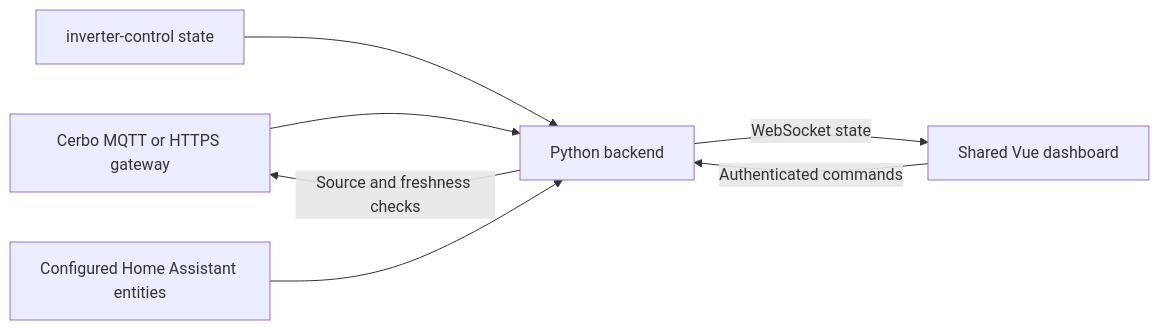
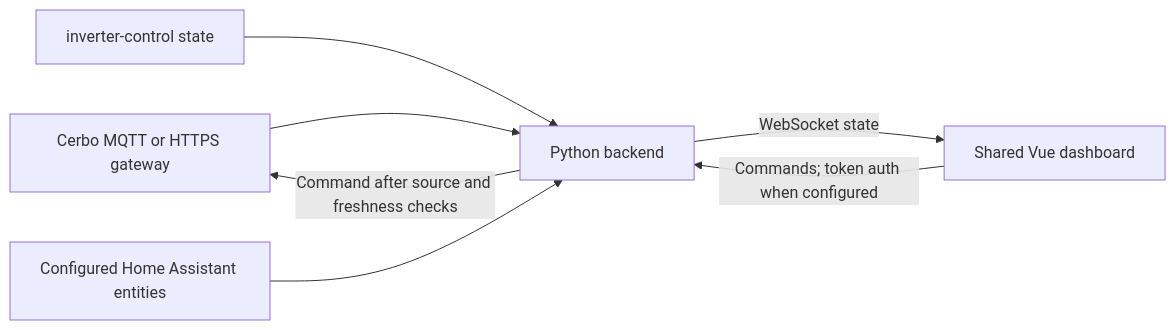
One commit to victron-venus/inverter-dashboard changed the diagram in .github/docs/system-architecture.md. Above: the diagram before and after it, drawn with Mermaid. The commit also changed other lines of this file, not shown here.

Commit message:
docs: clarify configured command and telemetry inputs

````diff
--- a/.github/docs/system-architecture.md
+++ b/.github/docs/system-architecture.md
@@ -7,9 +7,9 @@
 ```mermaid
 flowchart LR
     Native["Cerbo MQTT or HTTPS gateway"] --> Backend["Python backend"]
     Controller["inverter-control state"] --> Backend
     HA["Configured Home Assistant entities"] --> Backend
     Backend -->|"WebSocket state"| Browser["Shared Vue dashboard"]
-    Browser -->|"Authenticated commands"| Backend
-    Backend -->|"Source and freshness checks"| Native
+    Browser -->|"Commands; token auth when configured"| Backend
+    Backend -->|"Command after source and freshness checks"| Native
 ```
````
